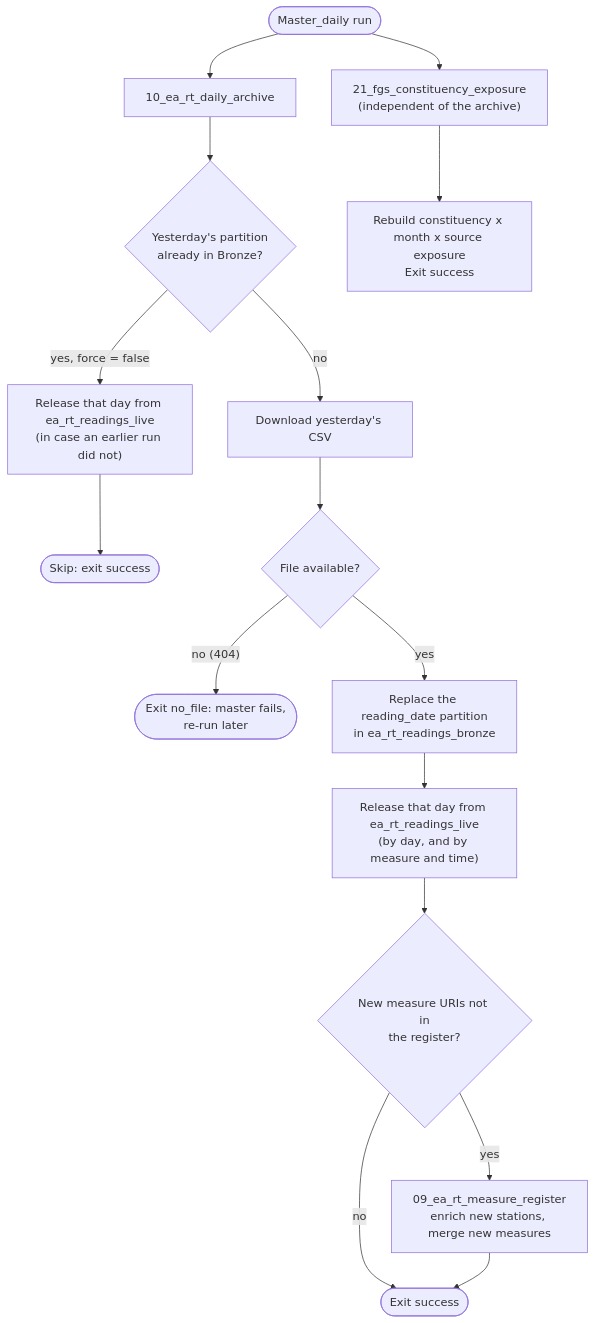
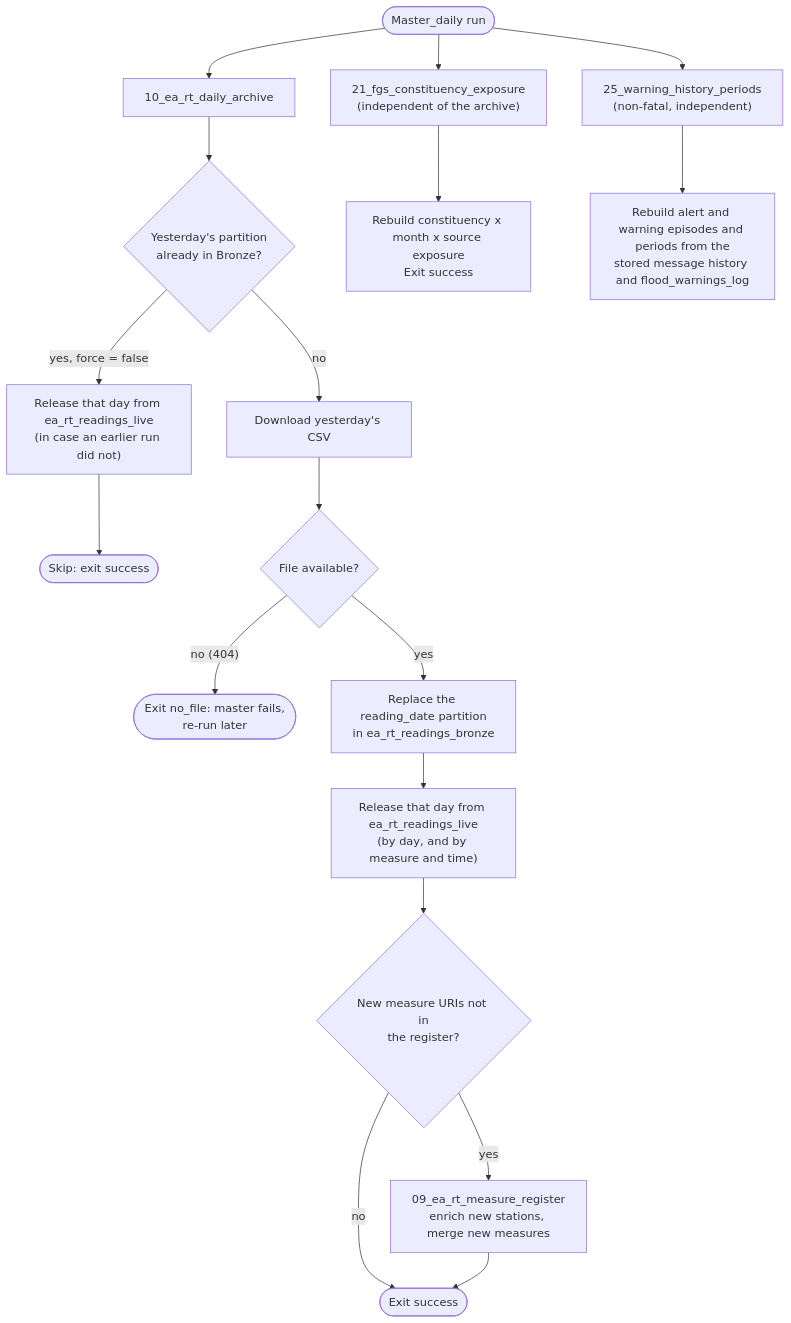
The fourth of 7 diagrams in README.md (JonPayneEA/FGS_Notebooks), drawn with Mermaid before and after one commit. The commit also changed other lines of this file and 4 other files, not shown here.

First line of the commit message:
Warning history: load the message file once, rebuild nightly from the stored history and the log

````diff
--- a/README.md
+++ b/README.md
@@ -405,18 +406,20 @@
 ```mermaid
 flowchart TD
     A["10_ea_rt_daily_archive"] --> B{"Yesterday's partition<br/>already in Bronze?"}
     B -- "yes, force = false" --> R0["Release that day from ea_rt_readings_live<br/>(in case an earlier run did not)"]
     R0 --> Z(["Skip: exit success"])
     B -- no --> C["Download yesterday's CSV"]
     C --> D{"File available?"}
     D -- "no (404)" --> X(["Exit no_file: master fails,<br/>re-run later"])
     D -- yes --> E["Replace the reading_date partition<br/>in ea_rt_readings_bronze"]
     E --> R["Release that day from ea_rt_readings_live<br/>(by day, and by measure and time)"]
     R --> F{"New measure URIs not in<br/>the register?"}
     F -- no --> Z2(["Exit success"])
     F -- yes --> G["09_ea_rt_measure_register<br/>enrich new stations, merge new measures"]
     G --> Z2
     M(["Master_daily run"]) --> A
     M --> X1["21_fgs_constituency_exposure<br/>(independent of the archive)"]
     X1 --> X2["Rebuild constituency x month x source exposure<br/>Exit success"]
+    M --> W1["25_warning_history_periods<br/>(non-fatal, independent)"]
+    W1 --> W2["Rebuild alert and warning episodes and periods from the<br/>stored message history and flood_warnings_log"]
 ```
````
